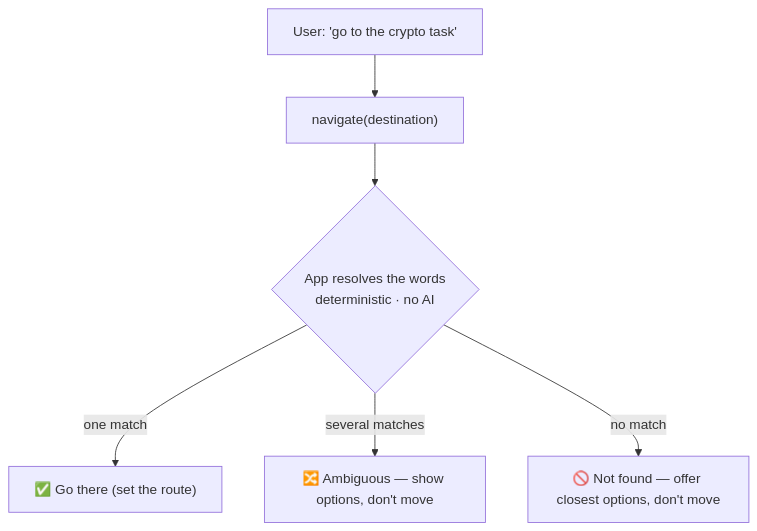
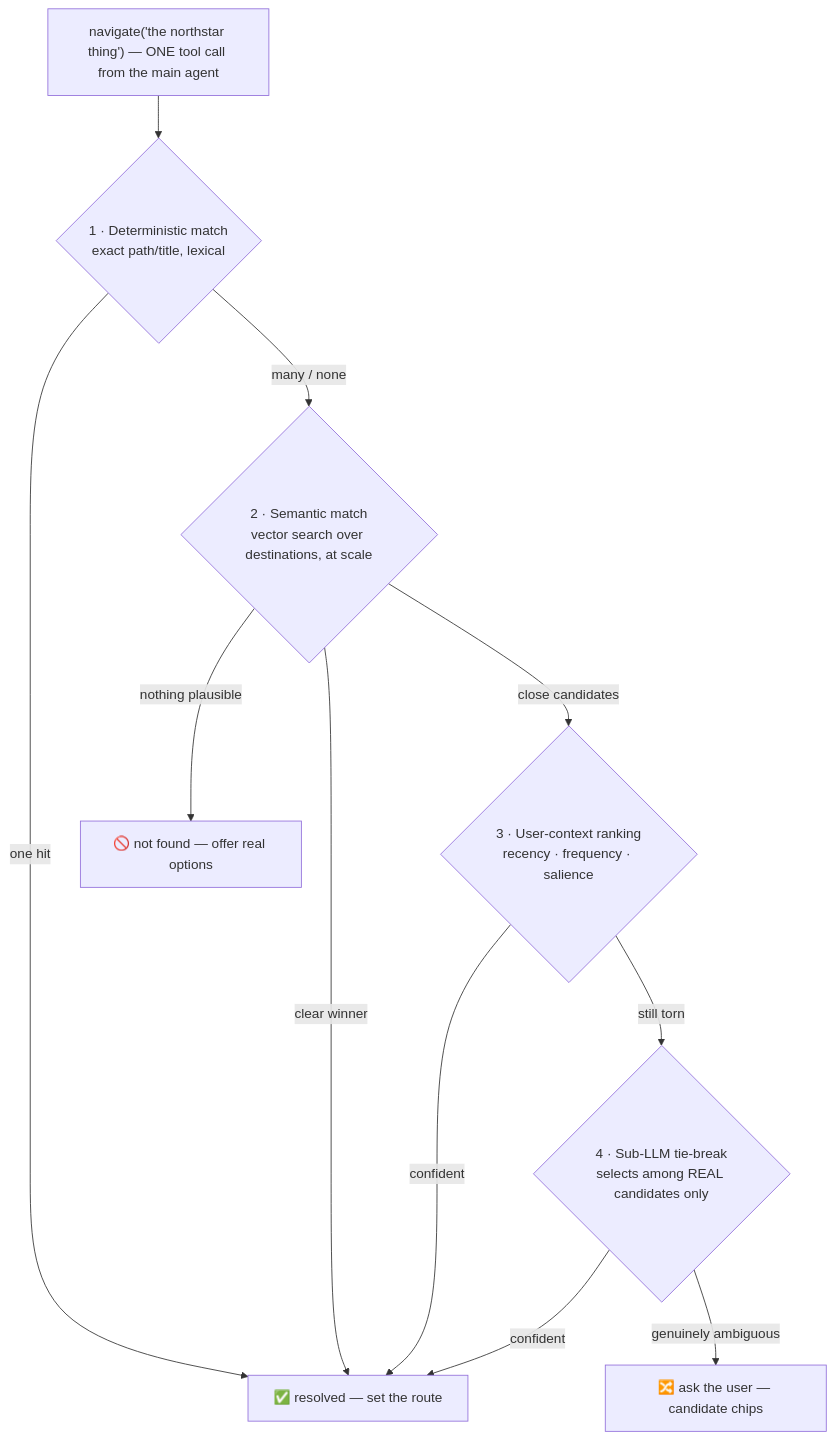
Before and after one commit to DanGiannone1/personal-assistant-agent-harness: the diagram in docs/navigation-reference-architecture.md, drawn with Mermaid. The commit also changed other lines of this file and 1 other file, not shown here.

First line of the commit message:
docs(navigation): reframe the high-level story around two entry points + one shared primitive

````diff
--- a/docs/navigation-reference-architecture.md
+++ b/docs/navigation-reference-architecture.md
@@ -40,8 +29,13 @@
 ```mermaid
 flowchart TD
-    Say["User: 'go to the crypto task'"] --> Nav["navigate(destination)"]
-    Nav --> Resolve{"App resolves the words<br/>deterministic · no AI"}
-    Resolve -->|one match| Go["✅ Go there (set the route)"]
-    Resolve -->|several matches| Amb["🔀 Ambiguous — show options, don't move"]
-    Resolve -->|no match| NF["🚫 Not found — offer closest options, don't move"]
+    W["navigate('the northstar thing') — ONE tool call from the main agent"] --> L1{"1 · Deterministic match<br/>exact path/title, lexical"}
+    L1 -->|one hit| GO["✅ resolved — set the route"]
+    L1 -->|many / none| L2{"2 · Semantic match<br/>vector search over destinations, at scale"}
+    L2 -->|clear winner| GO
+    L2 -->|close candidates| L3{"3 · User-context ranking<br/>recency · frequency · salience"}
+    L3 -->|confident| GO
+    L3 -->|still torn| L4{"4 · Sub-LLM tie-break<br/>selects among REAL candidates only"}
+    L4 -->|confident| GO
+    L4 -->|genuinely ambiguous| ASK["🔀 ask the user — candidate chips"]
+    L2 -->|nothing plausible| NF["🚫 not found — offer real options"]
 ```
````
